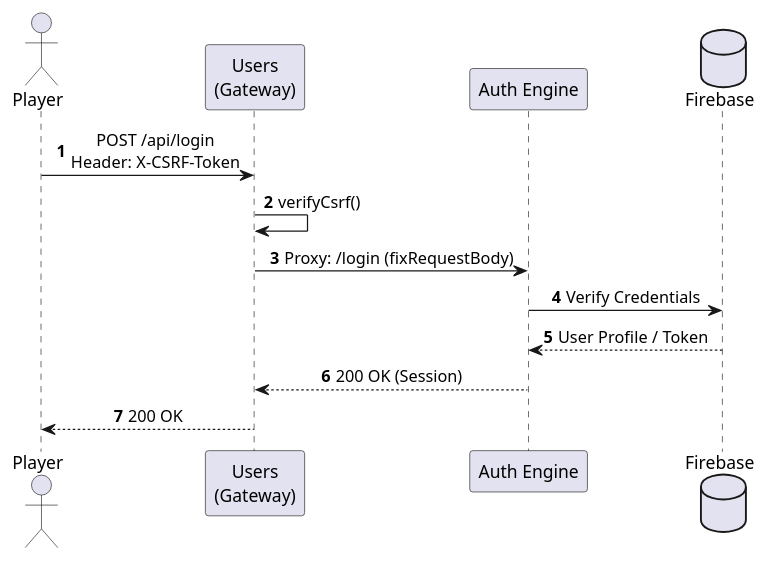
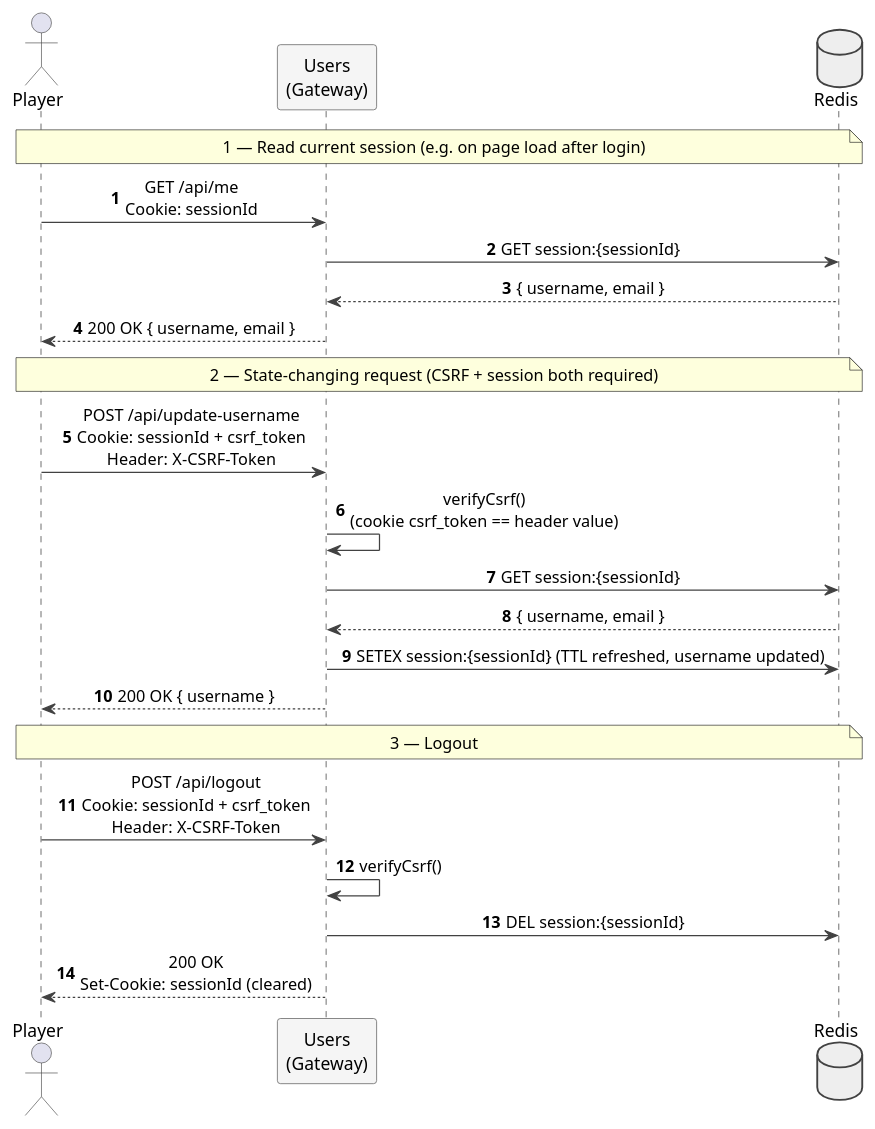
Before and after one commit to mvtrapiella/yovi_en2a: the second of 6 diagrams in docs/src/06_runtime_view.adoc, drawn with PlantUML. The commit also changed other lines of this file and 14 other files, not shown here.

First line of the commit message:
Update arc42 docs: fix diagrams and expand security/HTTPS sections

```diff
--- a/docs/src/06_runtime_view.adoc
+++ b/docs/src/06_runtime_view.adoc
@@ -51,21 +69,38 @@
-[plantuml, target=runtime_login, format=png]
+[plantuml, target=runtime_session_lifecycle, format=png]
 ....
 @startuml
 autonumber
 skinparam shadowing false
 skinparam sequenceMessageAlign center
+skinparam ParticipantBackgroundColor #F5F5F5
+skinparam ParticipantBorderColor #424242
+skinparam DatabaseBackgroundColor #EEEEEE
+skinparam DatabaseBorderColor #424242
+skinparam SequenceArrowColor #424242
+skinparam ActorBorderColor #424242
 
 actor "Player" as Client
 participant "Users\n(Gateway)" as Gateway
-participant "Auth Engine" as Auth
-database "Firebase" as Firebase
+database "Redis" as Redis
 
-Client -> Gateway : POST /api/login\nHeader: X-CSRF-Token
+note over Client, Redis: 1 — Read current session (e.g. on page load after login)
+Client -> Gateway : GET /api/me\nCookie: sessionId
+Gateway -> Redis : GET session:{sessionId}
+Redis --> Gateway : { username, email }
+Gateway --> Client : 200 OK { username, email }
+
+note over Client, Redis: 2 — State-changing request (CSRF + session both required)
+Client -> Gateway : POST /api/update-username\nCookie: sessionId + csrf_token\nHeader: X-CSRF-Token
+Gateway -> Gateway : verifyCsrf()\n(cookie csrf_token == header value)
+Gateway -> Redis : GET session:{sessionId}
+Redis --> Gateway : { username, email }
+Gateway -> Redis : SETEX session:{sessionId} (TTL refreshed, username updated)
+Gateway --> Client : 200 OK { username }
+
+note over Client, Redis: 3 — Logout
+Client -> Gateway : POST /api/logout\nCookie: sessionId + csrf_token\nHeader: X-CSRF-Token
 Gateway -> Gateway : verifyCsrf()
-Gateway -> Auth : Proxy: /login (fixRequestBody)
-Auth -> Firebase : Verify Credentials
-Firebase --> Auth : User Profile / Token
-Auth --> Gateway : 200 OK (Session)
-Gateway --> Client : 200 OK
+Gateway -> Redis : DEL session:{sessionId}
+Gateway --> Client : 200 OK\nSet-Cookie: sessionId (cleared)
 @enduml
 ....
```
